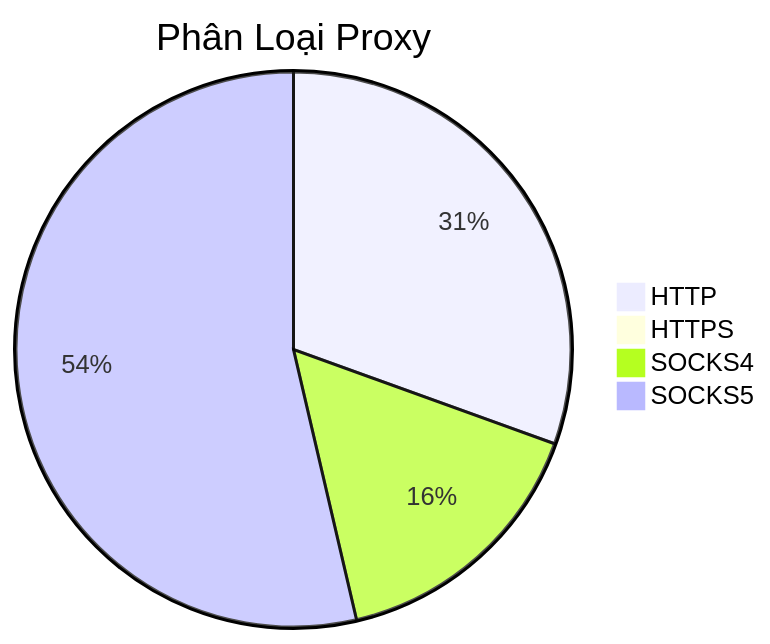
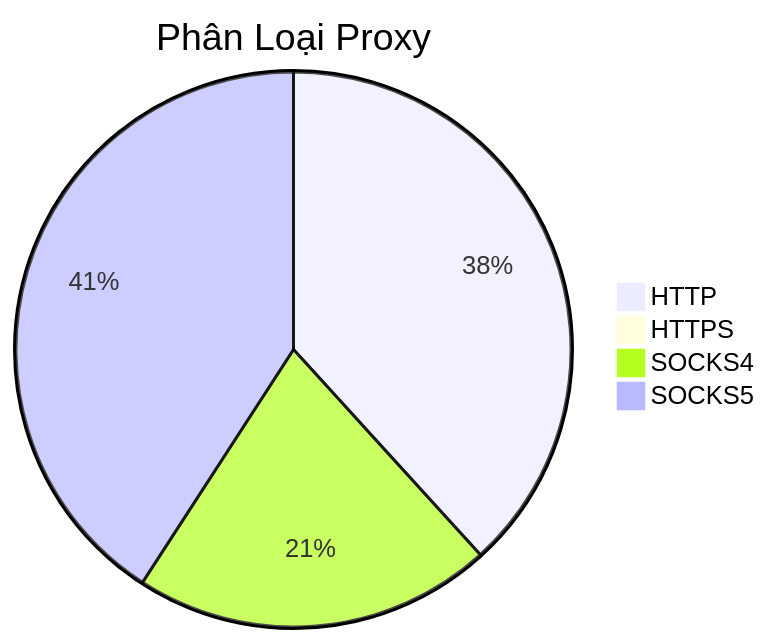
The diagram in README.md (Ciara-12/PROXY-free), drawn with Mermaid before and after one commit. The commit also changed other lines of this file and 3 other files, not shown here.

````diff
--- a/README.md
+++ b/README.md
@@ -26,7 +26,7 @@
 ```mermaid
 pie title Phân Loại Proxy
-    "HTTP" : 657
+    "HTTP" : 706
     "HTTPS" : 1
-    "SOCKS4" : 341
-    "SOCKS5" : 1155
+    "SOCKS4" : 386
+    "SOCKS5" : 754
 ```
````
